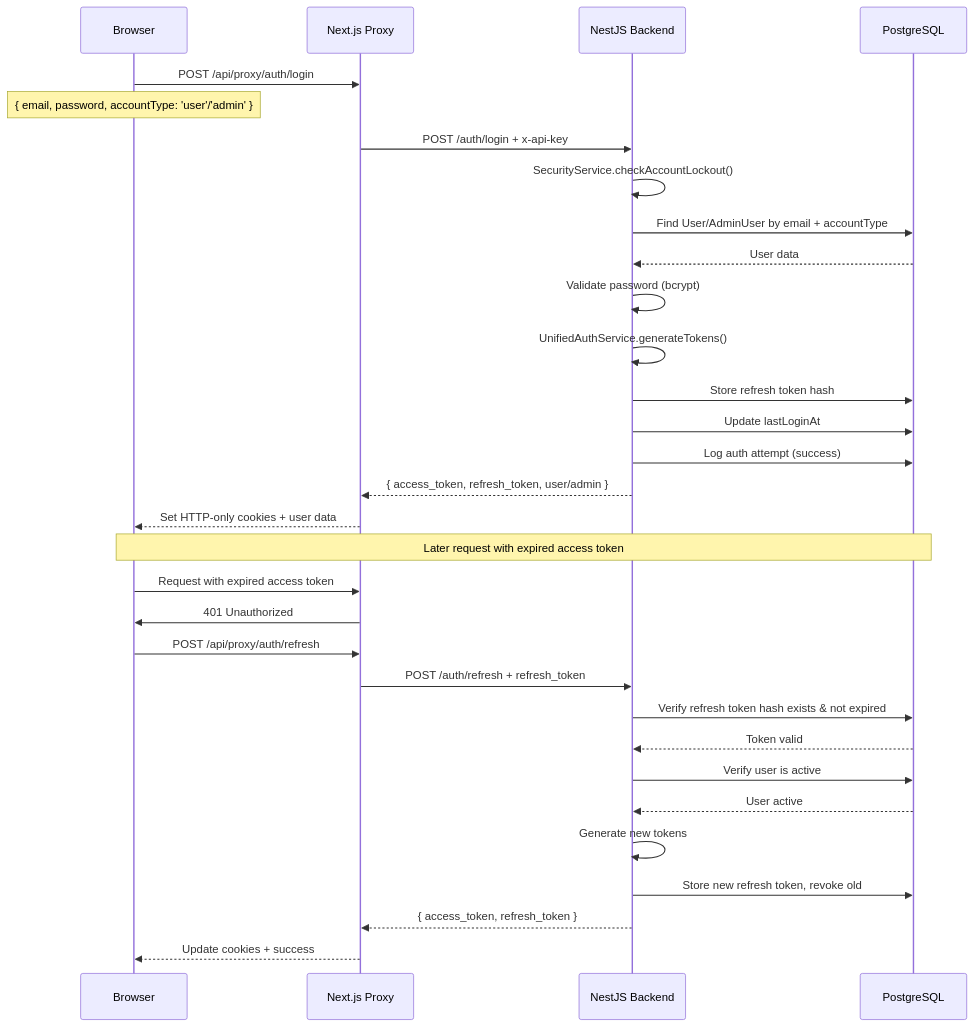
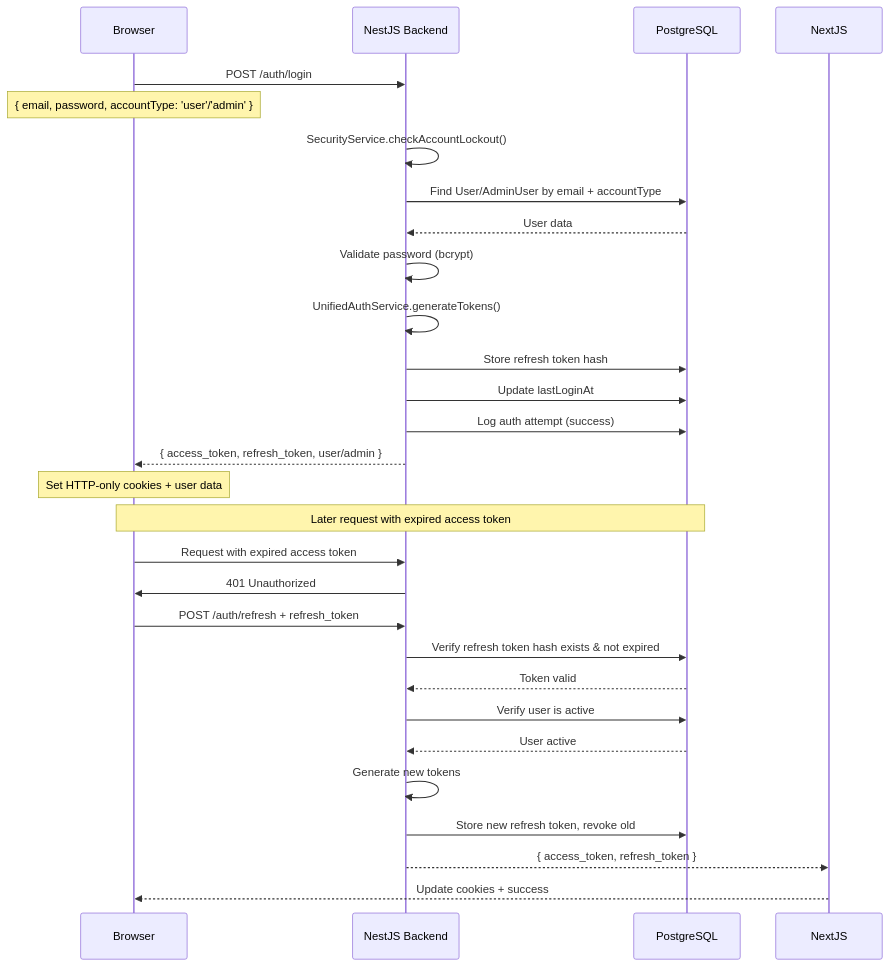
The diagram in .helper/architecture/01-authentication.md (KennethAtchon/Loctelli), drawn with Mermaid before and after one commit. The commit also changed other lines of this file and 12 other files, not shown here.

Commit message:
Refactor API integration by removing proxy routes and updating environment configurations. Changed API URL to direct connection, updated documentation to reflect changes, and adjusted components to utilize the new API structure. Enhanced error handling and logging for better debugging.

````diff
--- a/.helper/architecture/01-authentication.md
+++ b/.helper/architecture/01-authentication.md
@@ -208,37 +207,33 @@
 ```mermaid
 sequenceDiagram
     participant Browser
-    participant NextJS as Next.js Proxy
     participant Backend as NestJS Backend
     participant DB as PostgreSQL
 
-    Browser->>NextJS: POST /api/proxy/auth/login
+    Browser->>Backend: POST /auth/login
     Note over Browser: { email, password, accountType: 'user'/'admin' }
-
-    NextJS->>Backend: POST /auth/login + x-api-key
     Backend->>Backend: SecurityService.checkAccountLockout()
     Backend->>DB: Find User/AdminUser by email + accountType
     DB-->>Backend: User data
     Backend->>Backend: Validate password (bcrypt)
     Backend->>Backend: UnifiedAuthService.generateTokens()
     Backend->>DB: Store refresh token hash
     Backend->>DB: Update lastLoginAt
     Backend->>DB: Log auth attempt (success)
-    Backend-->>NextJS: { access_token, refresh_token, user/admin }
-    NextJS-->>Browser: Set HTTP-only cookies + user data
+    Backend-->>Browser: { access_token, refresh_token, user/admin }
+    Note over Browser: Set HTTP-only cookies + user data
 
     Note over Browser,DB: Later request with expired access token
 
-    Browser->>NextJS: Request with expired access token
-    NextJS->>Browser: 401 Unauthorized
-    Browser->>NextJS: POST /api/proxy/auth/refresh
-    NextJS->>Backend: POST /auth/refresh + refresh_token
+    Browser->>Backend: Request with expired access token
+    Backend->>Browser: 401 Unauthorized
+    Browser->>Backend: POST /auth/refresh + refresh_token
     Backend->>DB: Verify refresh token hash exists & not expired
     DB-->>Backend: Token valid
     Backend->>DB: Verify user is active
     DB-->>Backend: User active
     Backend->>Backend: Generate new tokens
     Backend->>DB: Store new refresh token, revoke old
     Backend-->>NextJS: { access_token, refresh_token }
     NextJS-->>Browser: Update cookies + success
 ```
````
